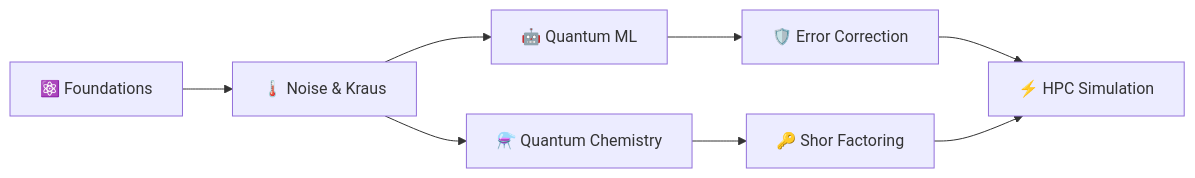
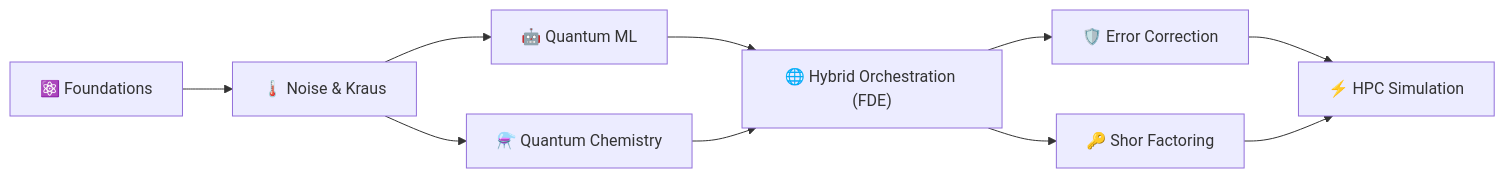
The diagram in README.md (aashiq-parinda/aashiq-parinda), drawn with Mermaid before and after one commit. The commit also changed other lines of this file, not shown here.

Commit message:
feat: highlight quantum-hybrid-orchestration on main profile page

````diff
--- a/README.md
+++ b/README.md
@@ -39,10 +42,12 @@
 ```mermaid
 flowchart LR
     A["⚛️ Foundations"] --> B["🌡️ Noise & Kraus"]
     B --> C["🤖 Quantum ML"]
     B --> D["⚗️ Quantum Chemistry"]
-    C --> E["🛡️ Error Correction"]
-    D --> F["🔑 Shor Factoring"]
-    E --> G["⚡ HPC Simulation"]
-    F --> G
+    C --> E["🌐 Hybrid Orchestration (FDE)"]
+    D --> E
+    E --> F["🛡️ Error Correction"]
+    E --> G["🔑 Shor Factoring"]
+    F --> H["⚡ HPC Simulation"]
+    G --> H
 ```
````
